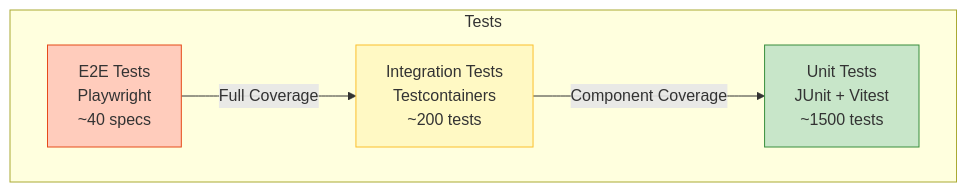
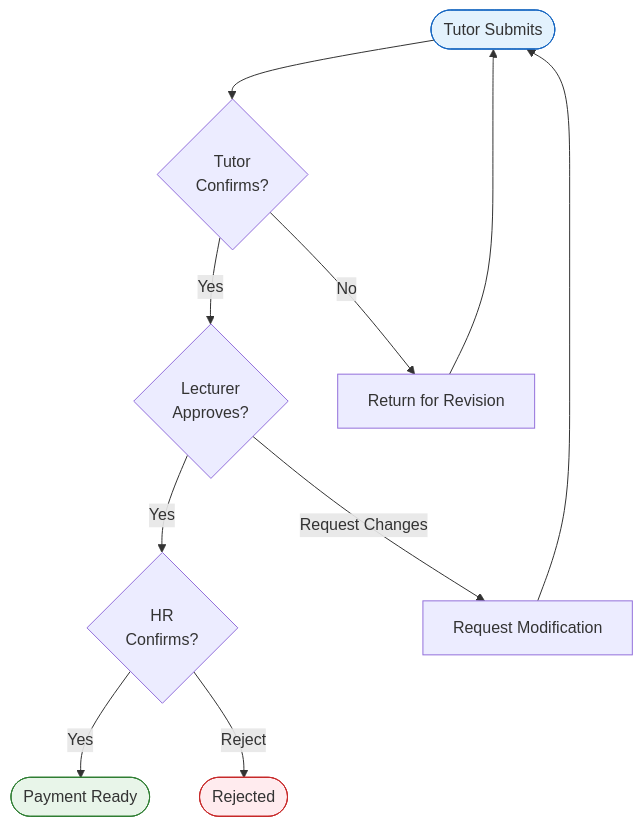
Before and after one commit to Jackela/Casual-Academic-Time-Allocation-Management-System: the second of 2 diagrams in README.zh-CN.md, drawn with Mermaid. The commit also changed other lines of this file and 19 other files, not shown here.

````diff
--- a/README.zh-CN.md
+++ b/README.zh-CN.md
@@ -92,15 +202,19 @@
 ```mermaid
-graph TB
-    subgraph Tests
-        E2E[E2E Tests<br/>Playwright<br/>~40 specs]
-        Integration[Integration Tests<br/>Testcontainers<br/>~200 tests]
-        Unit[Unit Tests<br/>JUnit + Vitest<br/>~1500 tests]
-    end
+flowchart TD
+    Start([Tutor Submits]) --> Review1{Tutor<br/>Confirms?}
+    Review1 -->|Yes| Review2{Lecturer<br/>Approves?}
+    Review1 -->|No| Revise1[Return for Revision]
 
-    E2E --> |Full Coverage| Integration
-    Integration --> |Component Coverage| Unit
+    Review2 -->|Yes| Review3{HR<br/>Confirms?}
+    Review2 -->|Request Changes| Revise2[Request Modification]
 
-    style E2E fill:#ffccbc,stroke:#e64a19
-    style Integration fill:#fff9c4,stroke:#fbc02d
-    style Unit fill:#c8e6c9,stroke:#388e3c
+    Review3 -->|Yes| Complete([Payment Ready])
+    Review3 -->|Reject| Rejected([Rejected])
+
+    Revise1 --> Start
+    Revise2 --> Start
+
+    style Start fill:#e3f2fd,stroke:#1565c0
+    style Complete fill:#e8f5e9,stroke:#2e7d32
+    style Rejected fill:#ffebee,stroke:#c62828
 ```
````
